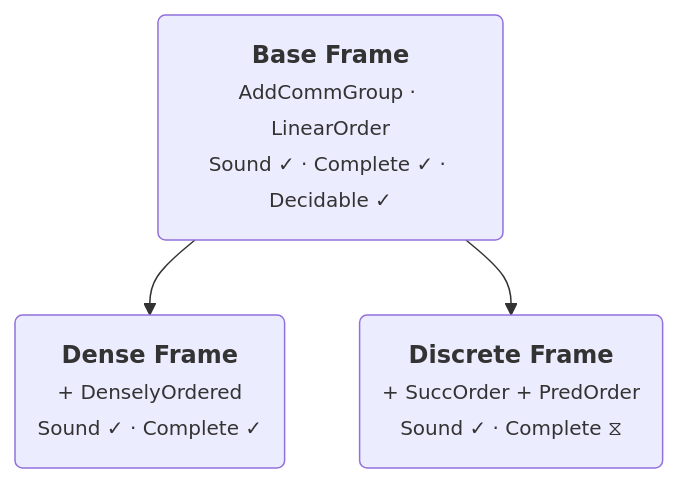
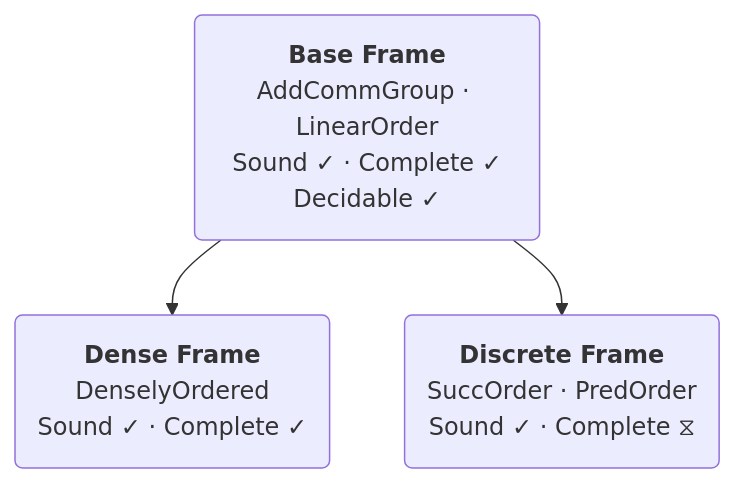
One commit to benbrastmckie/BimodalLogic changed the diagram in README.md. Above: the diagram before and after it, drawn with Mermaid.

````diff
--- a/README.md
+++ b/README.md
@@ -120,9 +120,9 @@
 ```mermaid
 graph TD
-    B("<b>Base Frame</b><br/><small>AddCommGroup · LinearOrder</small><br/><small>Sound ✓ · Complete ✓ · Decidable ✓</small>")
-    D("<b>Dense Frame</b><br/><small>+ DenselyOrdered</small><br/><small>Sound ✓ · Complete ✓</small>")
-    Z("<b>Discrete Frame</b><br/><small>+ SuccOrder + PredOrder</small><br/><small>Sound ✓ · Complete ⧖</small>")
+    B("<b>Base Frame</b><br/>AddCommGroup · LinearOrder<br/>Sound ✓ · Complete ✓<br/>Decidable ✓")
+    D("<b>Dense Frame</b><br/>DenselyOrdered<br/>Sound ✓ · Complete ✓")
+    Z("<b>Discrete Frame</b><br/>SuccOrder · PredOrder<br/>Sound ✓ · Complete ⧖")
 
     B --> D
     B --> Z
 ```
````
